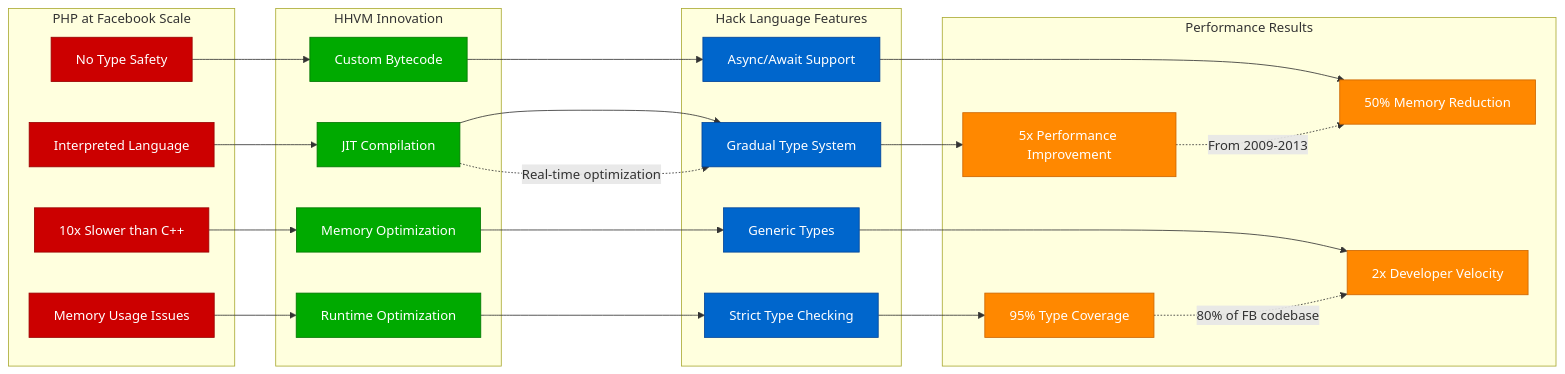
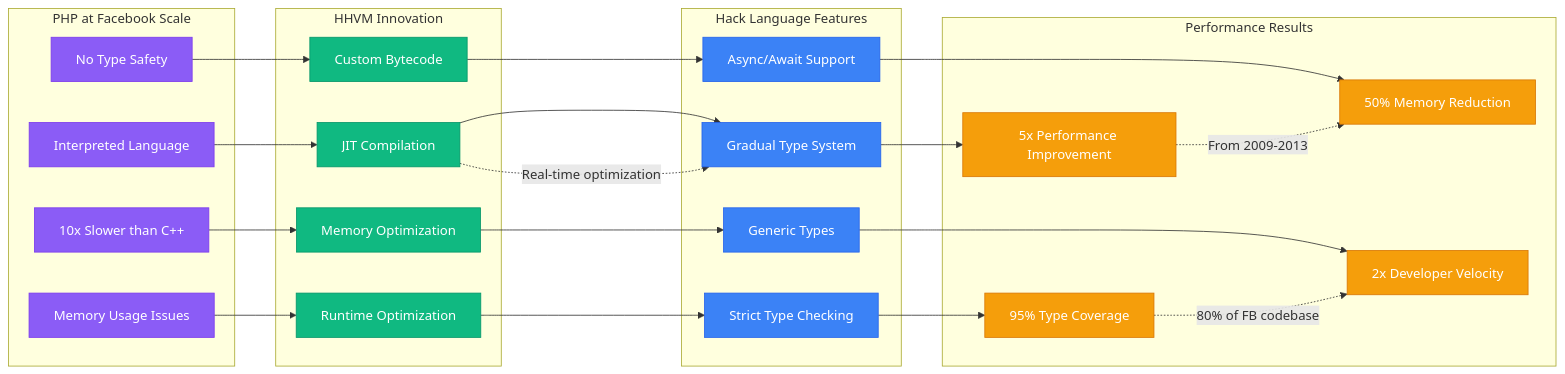
One commit to deepaucksharma/DS changed the third of 9 diagrams in site/docs/systems/meta/novel-solutions.md. Above: the diagram before and after it, drawn with Mermaid. The commit also changed other lines of this file and 303 other files, not shown here.

````diff
--- a/site/docs/systems/meta/novel-solutions.md
+++ b/site/docs/systems/meta/novel-solutions.md
@@ -149,60 +149,60 @@
 ```mermaid
 graph LR
     subgraph PHPProblems[PHP at Facebook Scale]
         INTERPRETED[Interpreted Language]
         TYPE_SAFETY[No Type Safety]
         PERFORMANCE[10x Slower than C++]
         SCALING_ISSUES[Memory Usage Issues]
     end
 
     subgraph HHVMSolution[HHVM Innovation]
         JIT_COMPILER[JIT Compilation]
         BYTECODE[Custom Bytecode]
         MEMORY_OPT[Memory Optimization]
         RUNTIME_OPT[Runtime Optimization]
     end
 
     subgraph HackLanguage[Hack Language Features]
         GRADUAL_TYPING[Gradual Type System]
         ASYNC_AWAIT[Async/Await Support]
         GENERICS[Generic Types]
         STRICT_MODE[Strict Type Checking]
     end
 
     subgraph Results[Performance Results]
         PERF_5X[5x Performance Improvement]
         MEMORY_SAVE[50% Memory Reduction]
         DEV_VELOCITY[2x Developer Velocity]
         TYPE_SAFETY_95[95% Type Coverage]
     end
 
     INTERPRETED --> JIT_COMPILER
     TYPE_SAFETY --> BYTECODE
     PERFORMANCE --> MEMORY_OPT
     SCALING_ISSUES --> RUNTIME_OPT
 
     JIT_COMPILER --> GRADUAL_TYPING
     BYTECODE --> ASYNC_AWAIT
     MEMORY_OPT --> GENERICS
     RUNTIME_OPT --> STRICT_MODE
 
     GRADUAL_TYPING --> PERF_5X
     ASYNC_AWAIT --> MEMORY_SAVE
     GENERICS --> DEV_VELOCITY
     STRICT_MODE --> TYPE_SAFETY_95
 
     %% Innovation annotations
     JIT_COMPILER -.->|"Real-time optimization"| GRADUAL_TYPING
     PERF_5X -.->|"From 2009-2013"| MEMORY_SAVE
     TYPE_SAFETY_95 -.->|"80% of FB codebase"| DEV_VELOCITY
 
-    classDef problemStyle fill:#CC0000,stroke:#990000,color:#fff
-    classDef hhvmStyle fill:#00AA00,stroke:#007700,color:#fff
-    classDef hackStyle fill:#0066CC,stroke:#004499,color:#fff
-    classDef resultStyle fill:#FF8800,stroke:#CC6600,color:#fff
+    classDef problemStyle fill:#8B5CF6,stroke:#7C3AED,color:#fff
+    classDef hhvmStyle fill:#10B981,stroke:#059669,color:#fff
+    classDef hackStyle fill:#3B82F6,stroke:#2563EB,color:#fff
+    classDef resultStyle fill:#F59E0B,stroke:#D97706,color:#fff
 
     class INTERPRETED,TYPE_SAFETY,PERFORMANCE,SCALING_ISSUES problemStyle
     class JIT_COMPILER,BYTECODE,MEMORY_OPT,RUNTIME_OPT hhvmStyle
     class GRADUAL_TYPING,ASYNC_AWAIT,GENERICS,STRICT_MODE hackStyle
     class PERF_5X,MEMORY_SAVE,DEV_VELOCITY,TYPE_SAFETY_95 resultStyle
 ```
````
